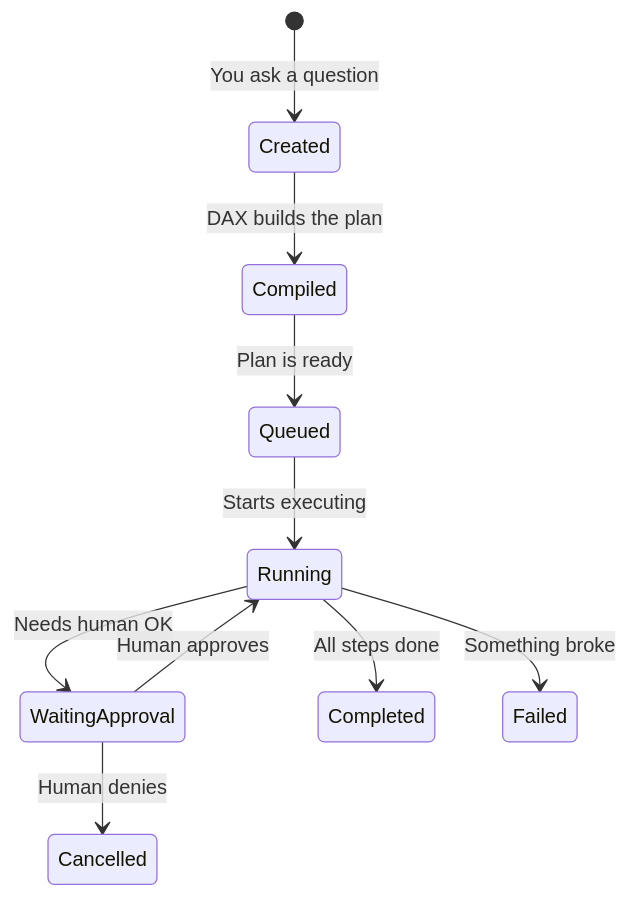
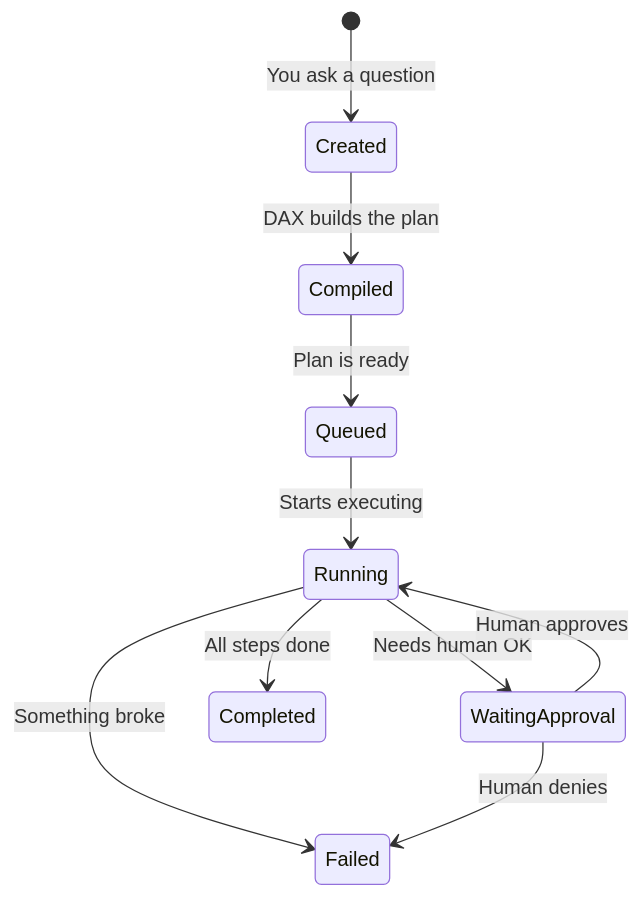
One commit to ShaileshRawat1403/dax changed the second of 4 diagrams in docs/product/DAX_IN_SIMPLE_WORDS.md. Above: the diagram before and after it, drawn with Mermaid. The commit also changed other lines of this file and 25 other files, not shown here.

````diff
--- a/docs/product/DAX_IN_SIMPLE_WORDS.md
+++ b/docs/product/DAX_IN_SIMPLE_WORDS.md
@@ -60,12 +74,12 @@
 ```mermaid
 stateDiagram-v2
     [*] --> Created: You ask a question
     Created --> Compiled: DAX builds the plan
     Compiled --> Queued: Plan is ready
     Queued --> Running: Starts executing
     Running --> WaitingApproval: Needs human OK
     WaitingApproval --> Running: Human approves
     Running --> Completed: All steps done
     Running --> Failed: Something broke
-    WaitingApproval --> Cancelled: Human denies
+    WaitingApproval --> Failed: Human denies
 ```
````
